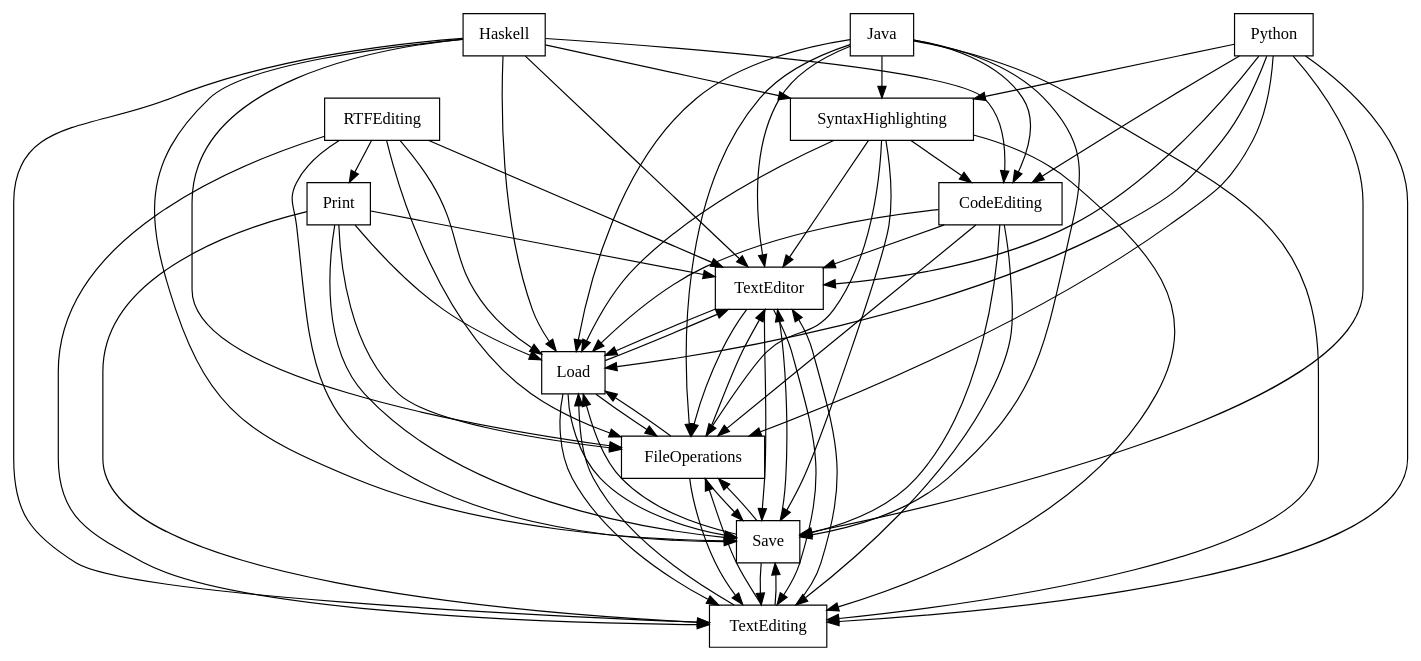
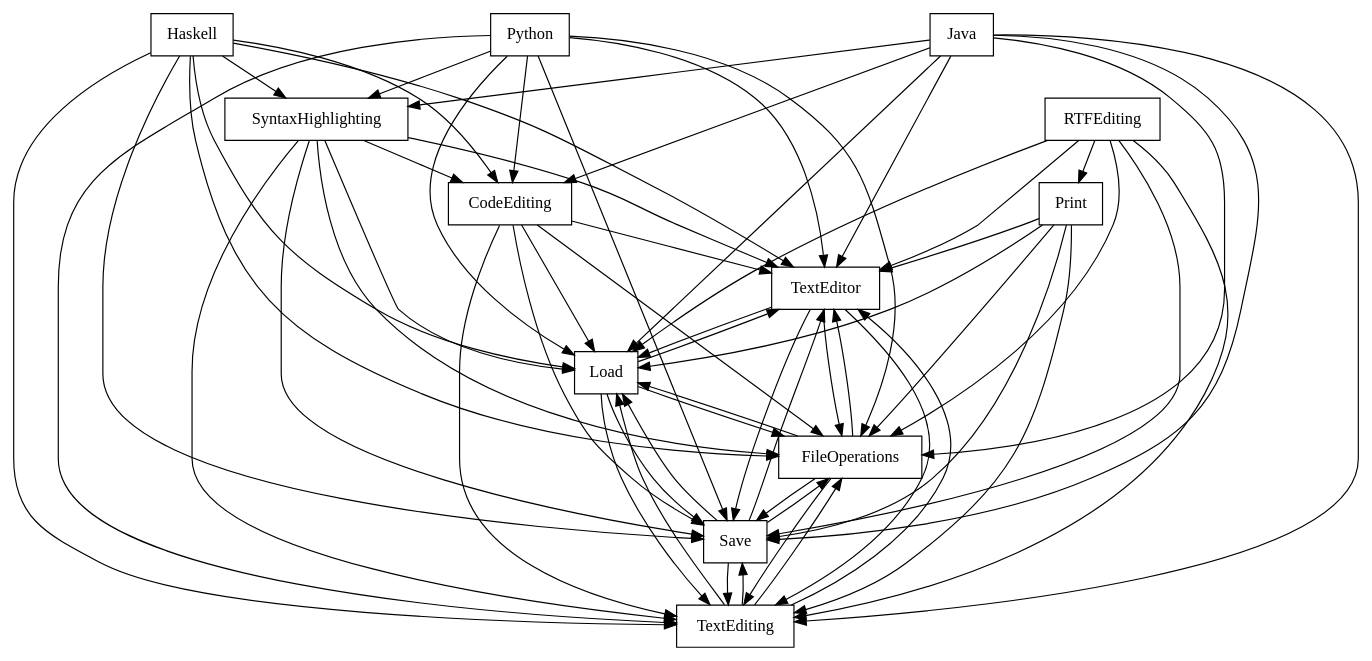
Before and after one commit to FAMILIAR-project/familiar-language: the diagram in FAMILIAR/output/SPLOT-big/fm_88_model_20110601_1103941862.xml.dot, drawn with Graphviz. The commit also changed 46 other files, not shown here.

```diff
--- a/FAMILIAR/output/SPLOT-big/fm_88_model_20110601_1103941862.xml.dot
+++ b/FAMILIAR/output/SPLOT-big/fm_88_model_20110601_1103941862.xml.dot
@@ -1,80 +1,80 @@
 digraph{
 graph [rankdir=TB];
 node [shape=box];
 edge [arrowhead=normal];
 0[label="TextEditor",]
 1[label="Load",]
 2[label="Haskell",]
 3[label="TextEditing",]
 4[label="CodeEditing",]
 5[label="SyntaxHighlighting",]
 6[label="RTFEditing",]
 7[label="Python",]
 8[label="Save",]
-9[label="Print",]
+9[label="FileOperations",]
 10[label="Java",]
-11[label="FileOperations",]
+11[label="Print",]
 0->1[label="",]
 0->3[label="",]
 0->8[label="",]
-0->11[label="",]
+0->9[label="",]
 1->0[label="",]
 1->3[label="",]
 1->8[label="",]
-1->11[label="",]
+1->9[label="",]
 2->0[label="",]
 2->1[label="",]
 2->3[label="",]
 2->4[label="",]
 2->5[label="",]
 2->8[label="",]
-2->11[label="",]
+2->9[label="",]
 3->0[label="",]
 3->1[label="",]
 3->8[label="",]
-3->11[label="",]
+3->9[label="",]
 4->0[label="",]
 4->1[label="",]
 4->3[label="",]
 4->8[label="",]
-4->11[label="",]
+4->9[label="",]
 5->0[label="",]
 5->1[label="",]
 5->3[label="",]
 5->4[label="",]
 5->8[label="",]
-5->11[label="",]
+5->9[label="",]
 6->0[label="",]
 6->1[label="",]
 6->3[label="",]
 6->8[label="",]
 6->9[label="",]
 6->11[label="",]
 7->0[label="",]
 7->1[label="",]
 7->3[label="",]
 7->4[label="",]
 7->5[label="",]
 7->8[label="",]
-7->11[label="",]
+7->9[label="",]
 8->0[label="",]
 8->1[label="",]
 8->3[label="",]
-8->11[label="",]
+8->9[label="",]
 9->0[label="",]
 9->1[label="",]
 9->3[label="",]
 9->8[label="",]
-9->11[label="",]
 10->0[label="",]
 10->1[label="",]
 10->3[label="",]
 10->4[label="",]
 10->5[label="",]
 10->8[label="",]
-10->11[label="",]
+10->9[label="",]
 11->0[label="",]
 11->1[label="",]
 11->3[label="",]
 11->8[label="",]
+11->9[label="",]
 }
```
